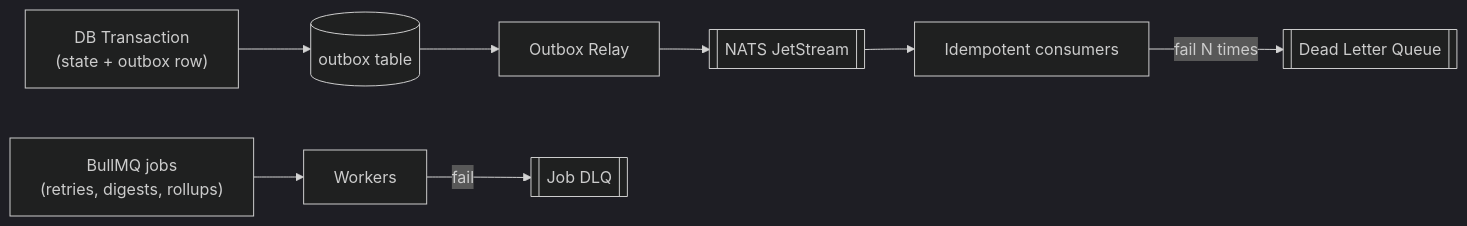
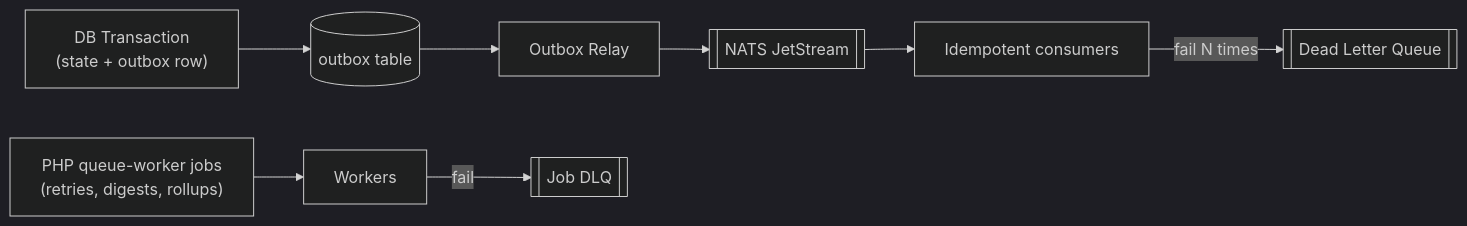
Before and after one commit to ammarnabileg/crm: diagram 12 of 16 in docs/03-Architecture.md, drawn with Mermaid (dark theme). The commit also changed other lines of this file and 18 other files, not shown here.

````diff
--- a/docs/03-Architecture.md
+++ b/docs/03-Architecture.md
@@ -544,11 +544,11 @@
 ```mermaid
 flowchart LR
     TX["DB Transaction<br/>(state + outbox row)"] --> OUTBOX[("outbox table")]
     OUTBOX --> RELAY["Outbox Relay"]
     RELAY --> NATS[["NATS JetStream"]]
     NATS --> C["Idempotent consumers"]
     C -->|fail N times| DLQ[["Dead Letter Queue"]]
 
-    JOBS["BullMQ jobs<br/>(retries, digests, rollups)"] --> WORKERS["Workers"]
+    JOBS["PHP queue-worker jobs<br/>(retries, digests, rollups)"] --> WORKERS["Workers"]
     WORKERS -->|fail| JDLQ[["Job DLQ"]]
 ```
````
